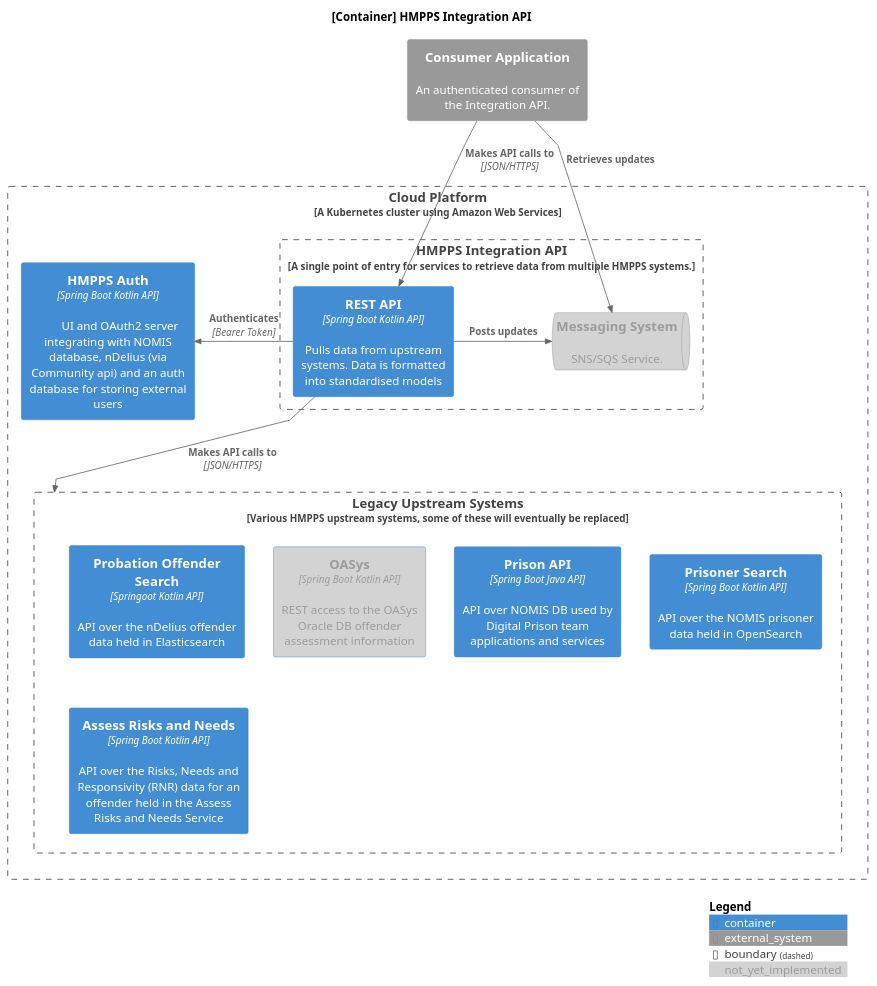
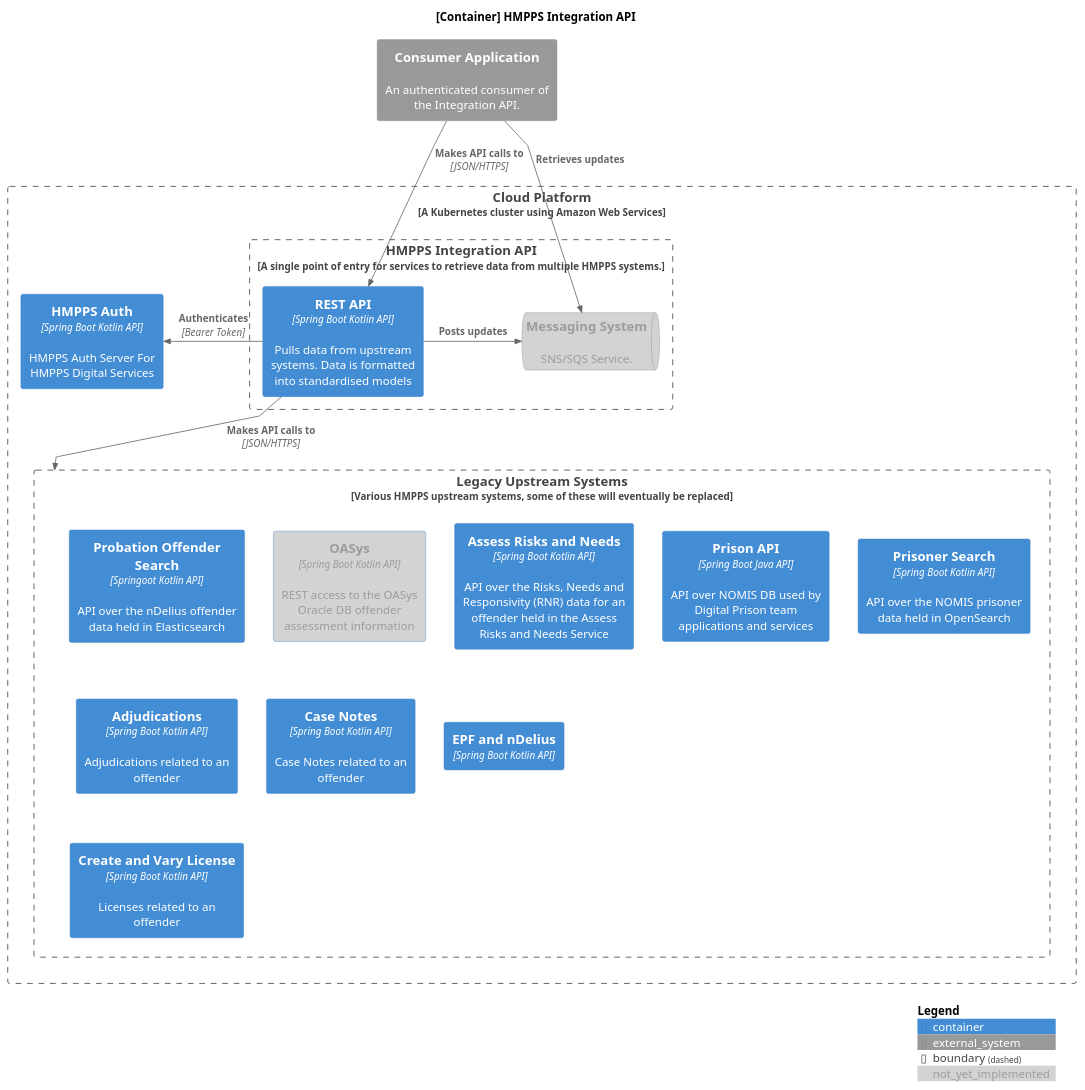
The diagram in docs/diagrams/container.puml (ministryofjustice/hmpps-integration-api), drawn with PlantUML before and after one commit.

Commit message:
Updating puml file for container

```diff
--- a/docs/diagrams/container.puml
+++ b/docs/diagrams/container.puml
@@ -1,39 +1,44 @@
 @startuml container
 
 !include https://raw.githubusercontent.com/plantuml-stdlib/C4-PlantUML/master/C4_Container.puml
 
 skinparam linetype polyline
 
 title [Container] HMPPS Integration API
 
 AddElementTag("not_yet_implemented", $bgColor="#D3D3D3", $fontColor="#9C9C9C")
 
 System_Ext(consumer, "Consumer Application", "An authenticated consumer of the Integration API.")
 
 Boundary(aws_cloudplatform, "Cloud Platform", "A Kubernetes cluster using Amazon Web Services", $link="https://user-guide.cloud-platform.service.justice.gov.uk/documentation/concepts/cp-tech-overview.html") {
     Boundary(hmpps_integration_api, "HMPPS Integration API", "A single point of entry for services to retrieve data from multiple HMPPS systems."){
         Container(spring_boot_api, "REST API", "Spring Boot Kotlin API", "Pulls data from upstream systems. Data is formatted into standardised models", $link="https://github.com/ministryofjustice/hmpps-integration-api")
         SystemQueue_Ext(messaging, "Messaging System", "SNS/SQS Service.",$tags="not_yet_implemented")
     }
 
     Container(hmpps_auth, "HMPPS Auth", "Spring Boot Kotlin API", "	UI and OAuth2 server integrating with NOMIS database, nDelius (via Community api) and an auth database for storing external users", $link="https://github.com/ministryofjustice/hmpps-auth")
 
     Boundary(upstream, "Legacy Upstream Systems", "Various HMPPS upstream systems, some of these will eventually be replaced"){
         Container(prison_api, "Prison API", "Spring Boot Java API", "API over NOMIS DB used by Digital Prison team applications and services", $link="https://github.com/ministryofjustice/prison-api")
         Container(probation_offender_search, "Probation Offender Search", "Springoot Kotlin API", "API over the nDelius offender data held in Elasticsearch", $link="https://probation-offender-search-dev.hmpps.service.justice.gov.uk/swagger-ui/index.html")
         Container(prisoner_search, "Prisoner Search", "Spring Boot Kotlin API", "API over the NOMIS prisoner data held in OpenSearch", $link="https://github.com/ministryofjustice/hmpps-prisoner-search")
         Container(oasys, "OASys", "Spring Boot Kotlin API", "REST access to the OASys Oracle DB offender assessment information", $link="https://github.com/ministryofjustice/offender-assessments-api-kotlin", $tags="not_yet_implemented")
         Container(oasys_arn, "Assess Risks and Needs", "Spring Boot Kotlin API", "API over the Risks, Needs and Responsivity (RNR) data for an offender held in the Assess Risks and Needs Service", $link="https://github.com/ministryofjustice/hmpps-assess-risks-and-needs")
+        Container(adjudications, "Adjudications", "Spring Boot Kotlin API", "Adjudications related to an offender", $link="https://github.com/ministryofjustice/hmpps-manage-adjudications-api")
+        Container(case_notes, "Case Notes", "Spring Boot Kotlin API", "Case Notes related to an offender", $link="https://github.com/ministryofjustice/offender-case-notes")
+        Container(effective_proposal_framework, "EPF and nDelius", "Spring Boot Kotlin API")
+        Container(create_and_vary_license, "Create and Vary License", "Spring Boot Kotlin API", "Licenses related to an offender", $link="https://github.com/ministryofjustice/create-and-vary-a-licence-api")
+        Container(hmpps_auth, "HMPPS Auth", "Spring Boot Kotlin API", "HMPPS Auth Server For HMPPS Digital Services", $link="https://github.com/ministryofjustice/hmpps-auth")
         Lay_L(prisoner_search, prison_api)
     }
 }
 
 Rel(consumer, spring_boot_api, "Makes API calls to", "JSON/HTTPS")
 Rel(consumer, messaging, "Retrieves updates")
 Rel_Right(spring_boot_api, messaging, "Posts updates")
 Rel_Right(spring_boot_api, hmpps_auth, "Authenticates", "Bearer Token")
 Rel_Down(spring_boot_api, upstream, "Makes API calls to", "JSON/HTTPS")
 
 SHOW_DYNAMIC_LEGEND()
 
 @enduml
```
